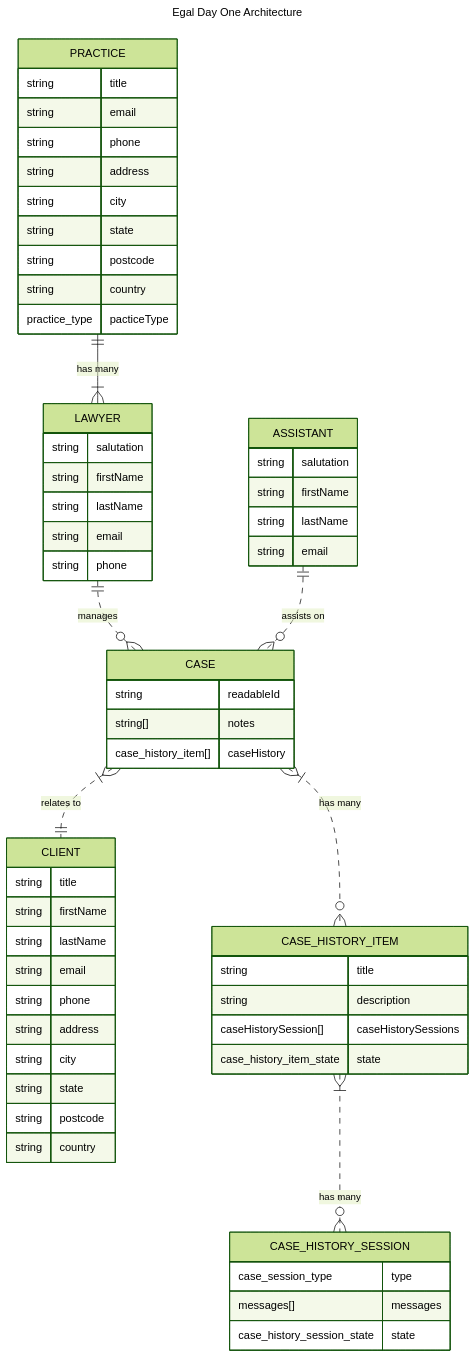
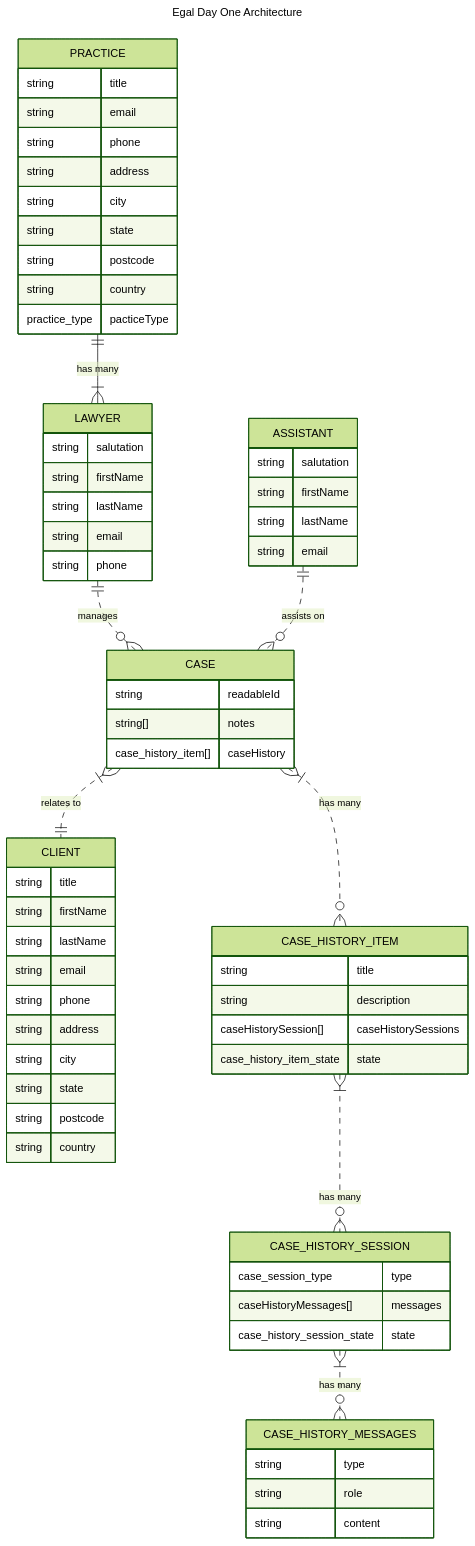
One commit to Leegavee/legal-tech changed the diagram in docs/architecture/dayone-architecture.md. Above: the diagram before and after it, drawn with Mermaid (forest theme).

Commit message:
docs: add day one ERD

````diff
--- a/docs/architecture/dayone-architecture.md
+++ b/docs/architecture/dayone-architecture.md
@@ -16,6 +16,8 @@
         CASE }|..o{ CASE_HISTORY_ITEM: "has many"
 
         CASE_HISTORY_ITEM }|..o{ CASE_HISTORY_SESSION: "has many"
+
+        CASE_HISTORY_SESSION }|..o{ CASE_HISTORY_MESSAGES: "has many"
 
         PRACTICE {
             string title
@@ -72,7 +74,13 @@
         
         CASE_HISTORY_SESSION {
             case_session_type type
-            messages[] messages
+            caseHistoryMessages[] messages
             case_history_session_state state
         }
+
+        CASE_HISTORY_MESSAGES {
+            string type
+            string role
+            string content
+        }
 ```
````
